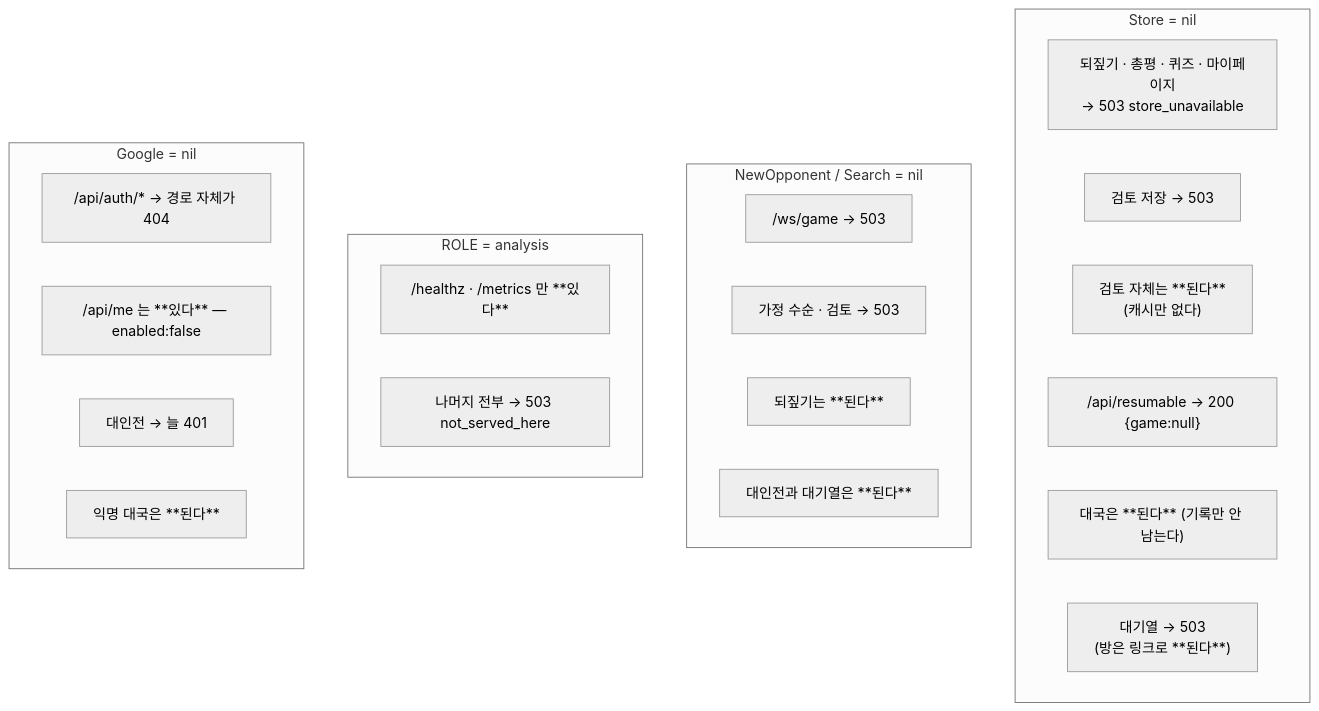
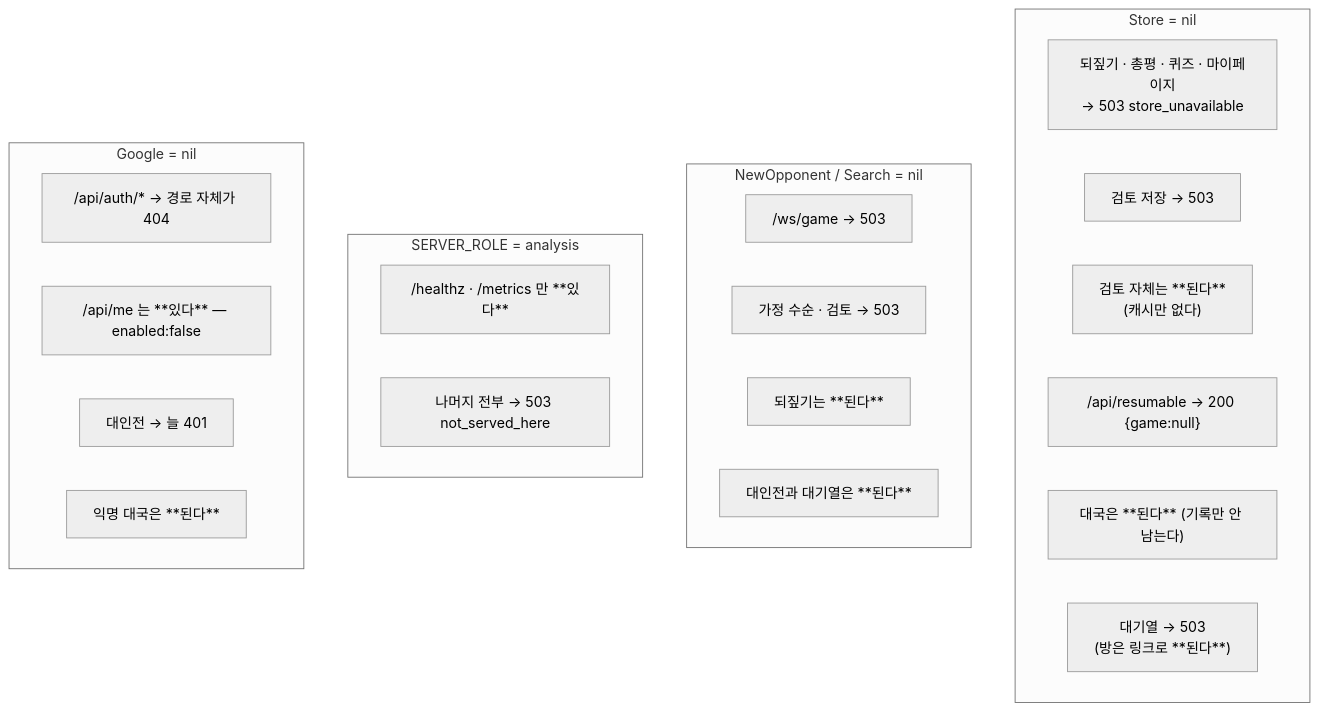
The eighth of 8 diagrams in docs/spec/architecture.md (jovid18/show-gi), drawn with Mermaid (neutral theme) before and after one commit. The commit also changed other lines of this file and 10 other files, not shown here.

First line of the commit message:
refactor: read the tier from SERVER_ROLE, not ROLE

````diff
--- a/docs/spec/architecture.md
+++ b/docs/spec/architecture.md
@@ -344,31 +344,31 @@
 ```mermaid
 flowchart TB
     subgraph nostore["Store = nil"]
         direction LR
         N1["되짚기 · 총평 · 퀴즈 · 마이페이지<br/>→ 503 store_unavailable"]
         N2["검토 저장 → 503"]
         N5["검토 자체는 **된다**<br/>(캐시만 없다)"]
         N3["/api/resumable → 200 {game:null}"]
         N4["대국은 **된다** (기록만 안 남는다)"]
         N6["대기열 → 503<br/>(방은 링크로 **된다**)"]
     end
     subgraph noengine["NewOpponent / Search = nil"]
         direction LR
         M1["/ws/game → 503"]
         M2["가정 수순 · 검토 → 503"]
         M3["되짚기는 **된다**"]
         M4["대인전과 대기열은 **된다**"]
     end
-    subgraph analysis["ROLE = analysis"]
+    subgraph analysis["SERVER_ROLE = analysis"]
         direction LR
         R1["/healthz · /metrics 만 **있다**"]
         R2["나머지 전부 → 503 not_served_here"]
     end
     subgraph noauth["Google = nil"]
         direction LR
         A1["/api/auth/* → 경로 자체가 404"]
         A2["/api/me 는 **있다** — enabled:false"]
         A3["대인전 → 늘 401"]
         A4["익명 대국은 **된다**"]
     end
 ```
````
